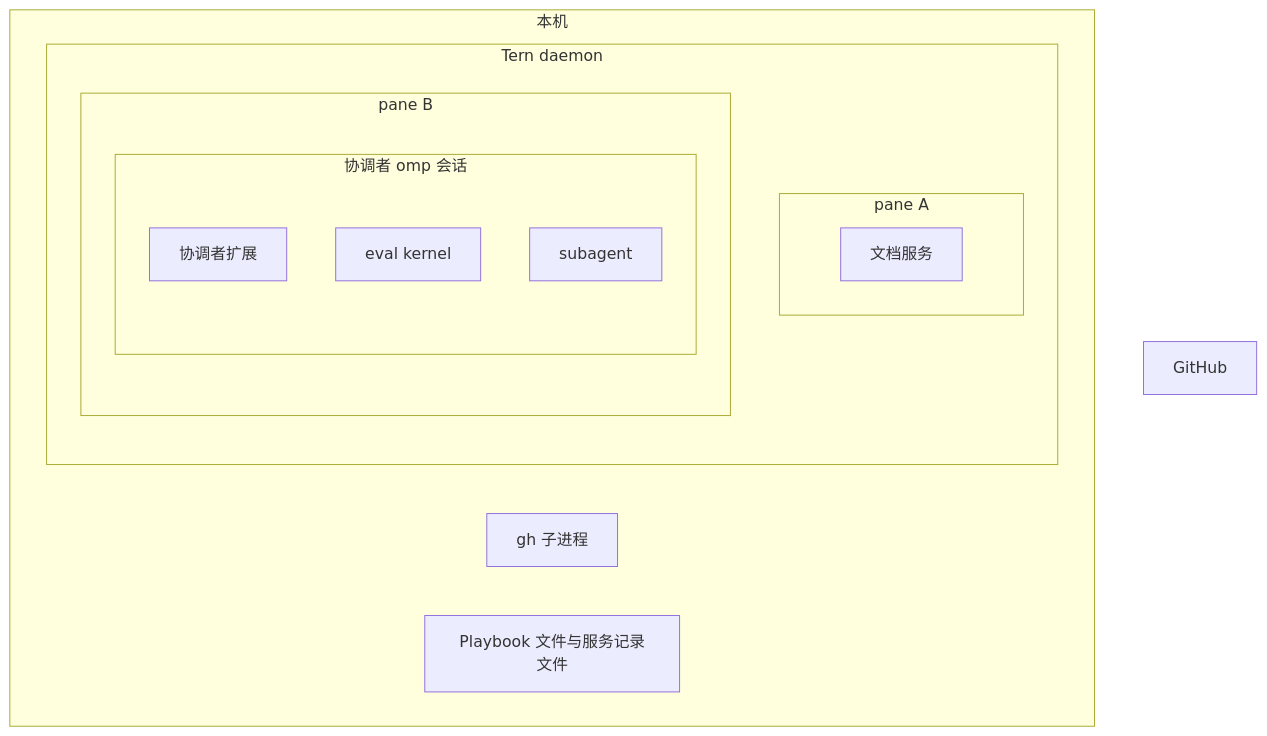
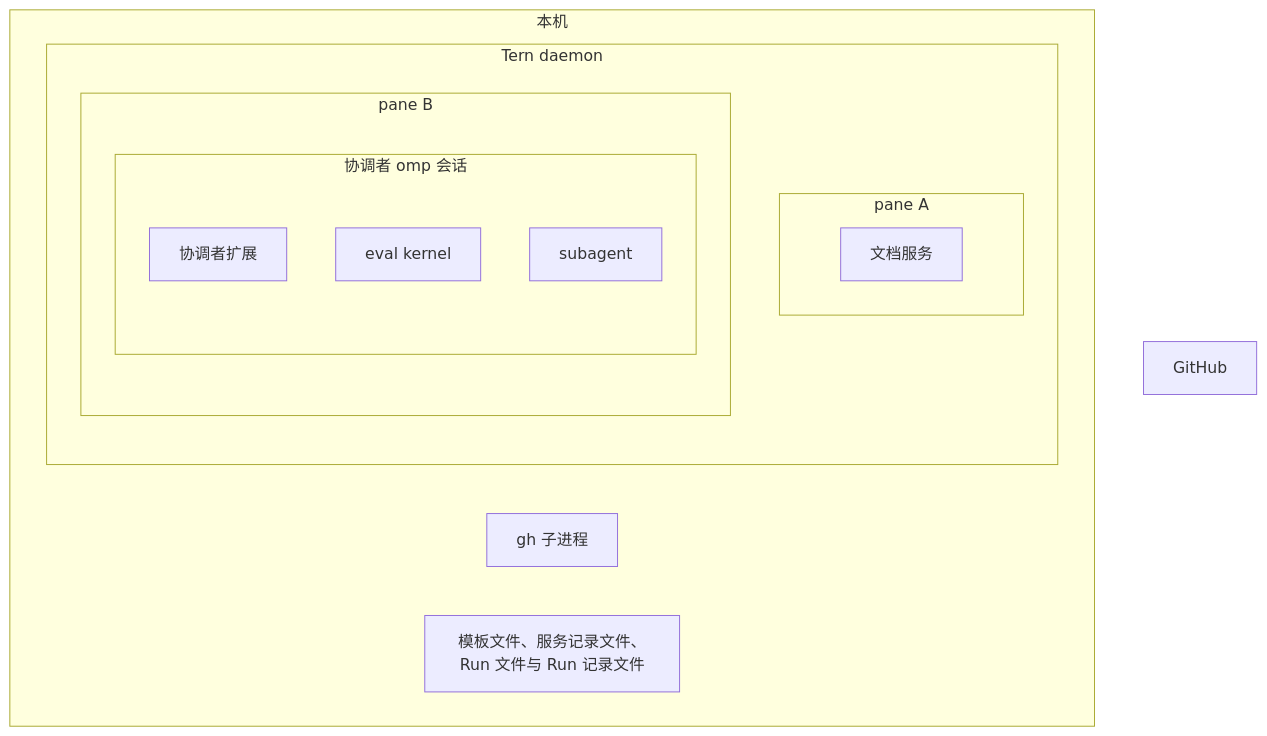
The first of 4 diagrams in design/README.md (mouriya-s-lab/tern-playbooks), drawn with Mermaid before and after one commit. The commit also changed other lines of this file and 5 other files, not shown here.

Commit message:
design: templates and runs, run timeline and records, block-result references; usage scenarios U1-U4

````diff
--- a/design/README.md
+++ b/design/README.md
@@ -181,20 +217,20 @@
 ```mermaid
 flowchart TB
   subgraph Host["本机"]
     subgraph Daemon["Tern daemon"]
       subgraph PaneDoc["pane A"]
         DocSvc["文档服务"]
       end
       subgraph PaneCoord["pane B"]
         subgraph Coord["协调者 omp 会话"]
           Ext["协调者扩展"]
           Kernel["eval kernel"]
           Sub["subagent"]
         end
       end
     end
     Gh["gh 子进程"]
-    File["Playbook 文件与服务记录文件"]
+    File["模板文件、服务记录文件、Run 文件与 Run 记录文件"]
   end
   GitHub["GitHub"]
 ```
````
